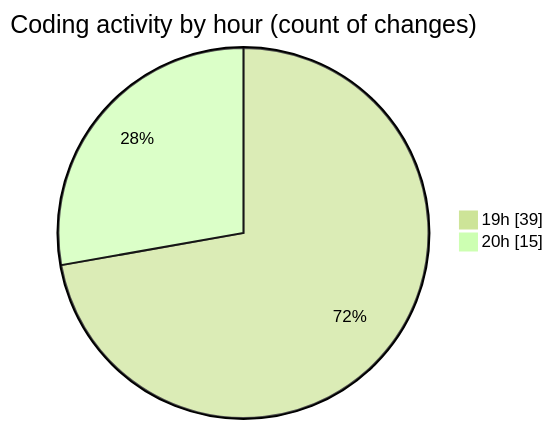
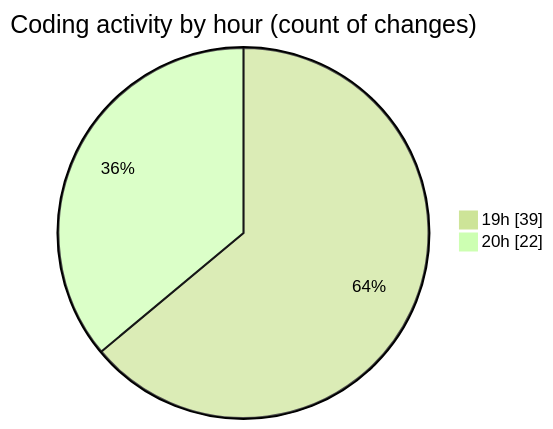
The second of 2 diagrams in 2026-06-16/cda/README.md (momahboobian/code-tracking), drawn with Mermaid (forest theme) before and after one commit. The commit also changed other lines of this file and 1 other file, not shown here.

````diff
--- a/2026-06-16/cda/README.md
+++ b/2026-06-16/cda/README.md
@@ -51,6 +54,6 @@
 ```mermaid
 pie showData
 title Coding activity by hour (count of changes)
 "19h" : 39
-"20h" : 15
+"20h" : 22
 ```
````
